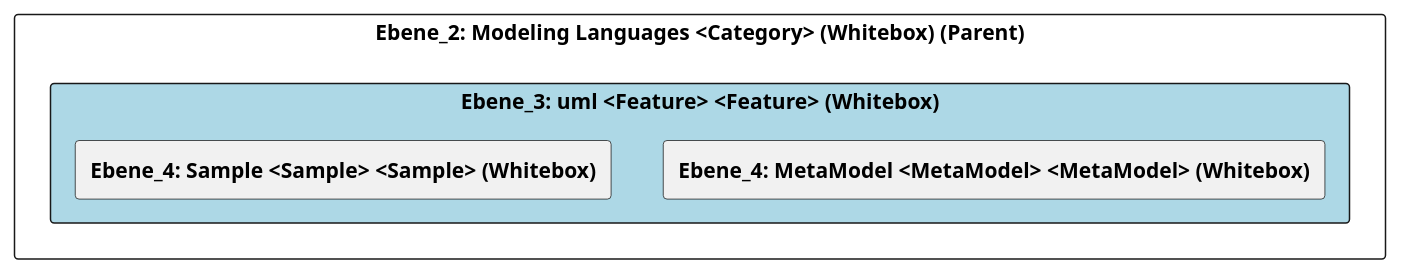
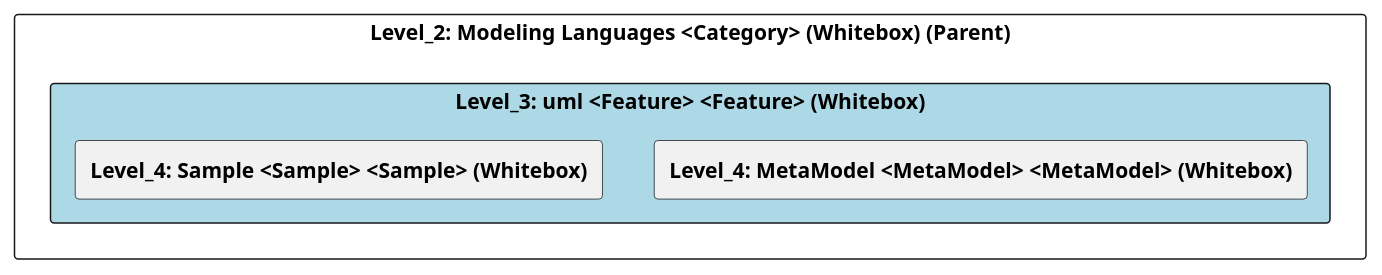
Before and after one commit to marcozwyssig/cleon: the diagram in doc/cleonproject_deliverables_architecture_model_architecture/adoc/de/05_bausteinsicht/cleon/modeling_languages/uml/ebene_3_uml.adoc, drawn with PlantUML. The commit also changed other lines of this file and 83 other files, not shown here.

```diff
--- a/doc/cleonproject_deliverables_architecture_model_architecture/adoc/de/05_bausteinsicht/cleon/modeling_languages/uml/ebene_3_uml.adoc
+++ b/doc/cleonproject_deliverables_architecture_model_architecture/adoc/de/05_bausteinsicht/cleon/modeling_languages/uml/ebene_3_uml.adoc
@@ -20,25 +20,25 @@
-[plantuml, Ebene_3: uml <Feature> <Feature> (Whitebox)BlockOverview, format="svg"]
+[plantuml, Level_3: uml <Feature> <Feature> (Whitebox)BlockOverview, format="svg"]
 ----
-@startuml Ebene_3: uml <Feature> <Feature> (Whitebox)BuildingBlockOverview
+@startuml Level_3: uml <Feature> <Feature> (Whitebox)BuildingBlockOverview
 
 skinparam ranksep 10
 skinparam componentStyle rectangle
 skinparam shadowing false
 skinparam arrowColor lightblue
 skinparam arrowThickness 1.2
 skinparam rectangle {
   BackgroundColor White
   BorderColor #333
   RoundCorner 10
 }
 top to bottom direction
 
-component "Ebene_2: Modeling Languages <Category> (Whitebox) (Parent)" {
-    component "Ebene_3: uml <Feature> <Feature> (Whitebox)" #lightblue {
-        [**Ebene_4: MetaModel <MetaModel> <MetaModel> (Whitebox)**] as 4A56DE3E_D579_11EE_903E_9F564E4DE07E
-        [**Ebene_4: Sample <Sample> <Sample> (Whitebox)**] as 5CCD92AB_DE54_11EF_81C7_3391F050ADDB
+component "Level_2: Modeling Languages <Category> (Whitebox) (Parent)" {
+    component "Level_3: uml <Feature> <Feature> (Whitebox)" #lightblue {
+        [**Level_4: MetaModel <MetaModel> <MetaModel> (Whitebox)**] as 4A56DE3E_D579_11EE_903E_9F564E4DE07E
+        [**Level_4: Sample <Sample> <Sample> (Whitebox)**] as 5CCD92AB_DE54_11EF_81C7_3391F050ADDB
     }
 }
 
 @enduml
 ----
```
